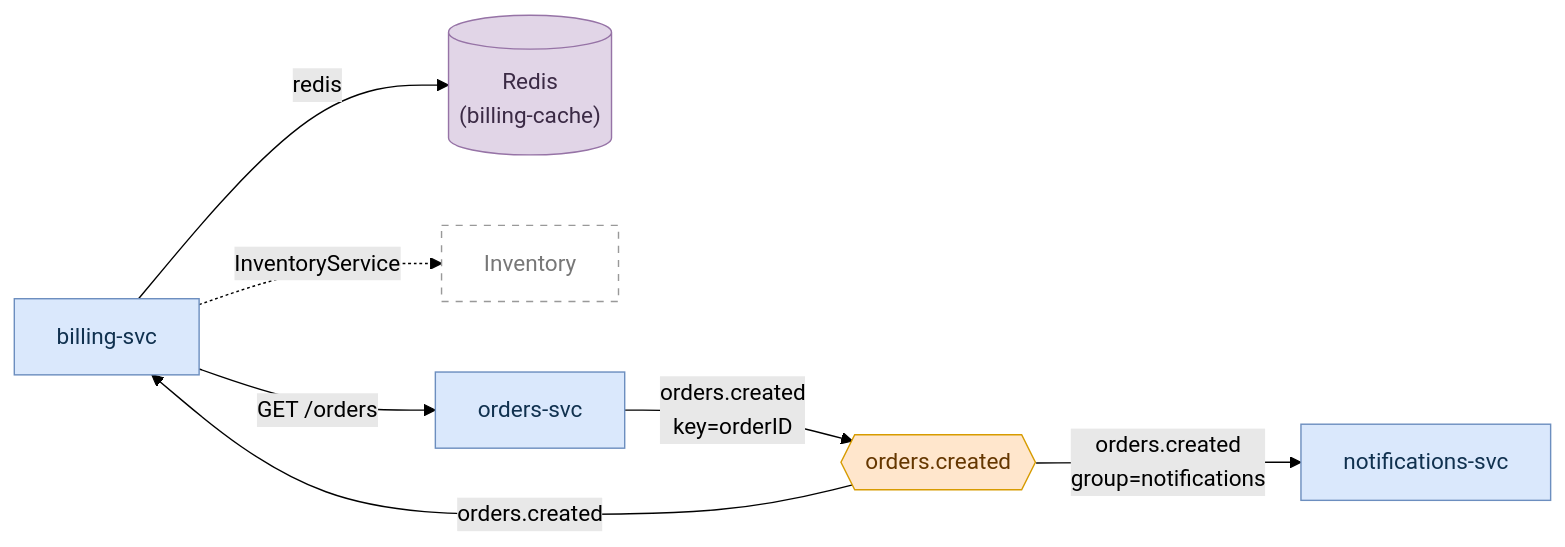
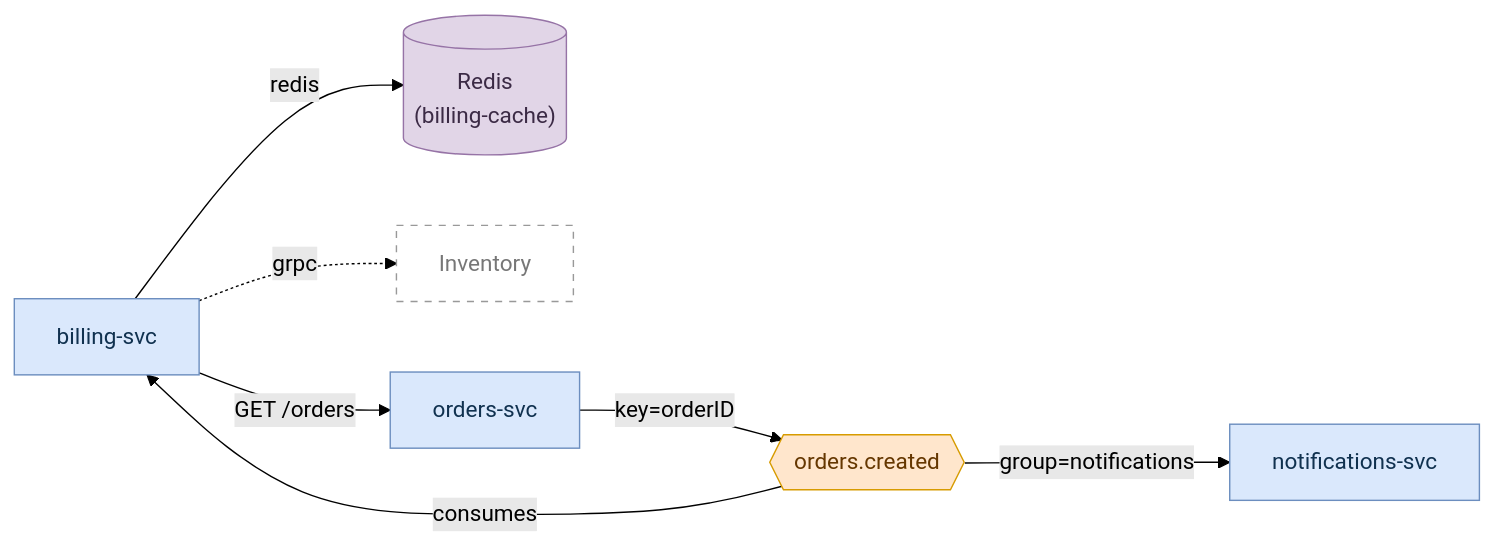
One commit to arav7781/service-topology changed the diagram in examples/sample-micro-topology.md. Above: the diagram before and after it, drawn with Mermaid (forest theme). The commit also changed other lines of this file and 55 other files, not shown here.

Commit message:
Overlapping text fix in diagrams

````diff
--- a/examples/sample-micro-topology.md
+++ b/examples/sample-micro-topology.md
@@ -25,27 +25,27 @@
 ```mermaid
 flowchart LR
   n0[("Redis<br/>(billing-cache)")]
   n1["billing-svc"]
   n2["Inventory"]
   n3["notifications-svc"]
   n4["orders-svc"]
   n5{{"orders.created"}}
 
   n1 -->|"redis"| n0
-  n1 -.->|"InventoryService"| n2
+  n1 -.->|"grpc"| n2
   n1 -->|"GET /orders"| n4
-  n4 -->|"orders.created<br/>key=orderID"| n5
-  n5 -->|"orders.created"| n1
-  n5 -->|"orders.created<br/>group=notifications"| n3
+  n4 -->|"key=orderID"| n5
+  n5 -->|"consumes"| n1
+  n5 -->|"group=notifications"| n3
 
   classDef service fill:#dae8fc,stroke:#6c8ebf,color:#10314f;
   classDef topic fill:#ffe6cc,stroke:#d79b00,color:#653700;
   classDef datastore fill:#d5e8d4,stroke:#82b366,color:#1f3d18;
   classDef cache fill:#e1d5e7,stroke:#9673a6,color:#3b2a45;
   classDef external_api fill:#f5f5f5,stroke:#666666,color:#333333;
   classDef referenced_only fill:none,stroke:#999999,color:#777777,stroke-dasharray:5 5;
   class n0 cache;
   class n2 referenced_only;
   class n1,n3,n4 service;
   class n5 topic;
 ```
````
